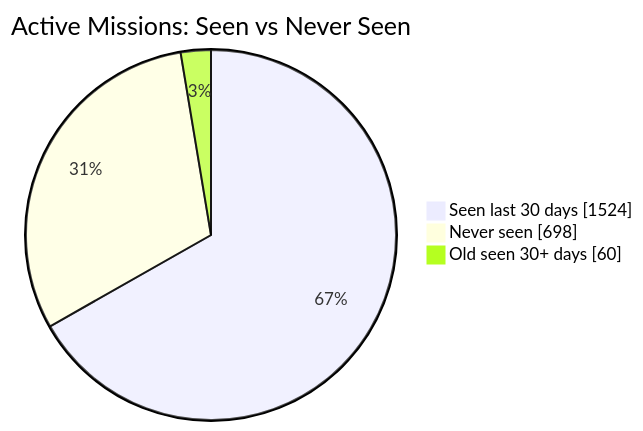
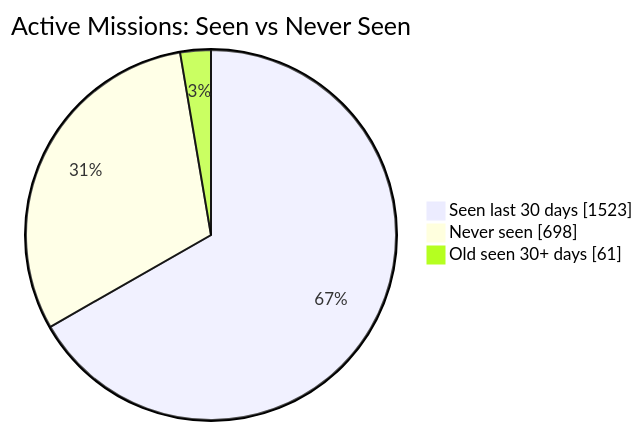
Before and after one commit to MeldkamerspelGameTeam/active-missions: the first of 2 diagrams in README.md, drawn with Mermaid. The commit also changed other lines of this file and 2 other files, not shown here.

````diff
--- a/README.md
+++ b/README.md
@@ -34,7 +34,7 @@
 ```mermaid
 pie showData
     title Active Missions: Seen vs Never Seen
-    "Seen last 30 days" : 1524
+    "Seen last 30 days" : 1523
     "Never seen" : 698
-    "Old seen 30+ days" : 60
+    "Old seen 30+ days" : 61
 ```
````
